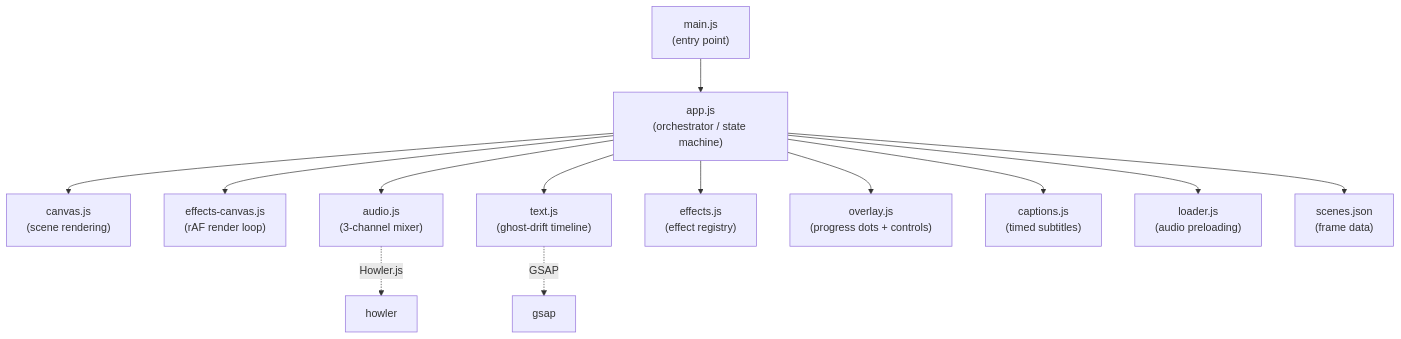
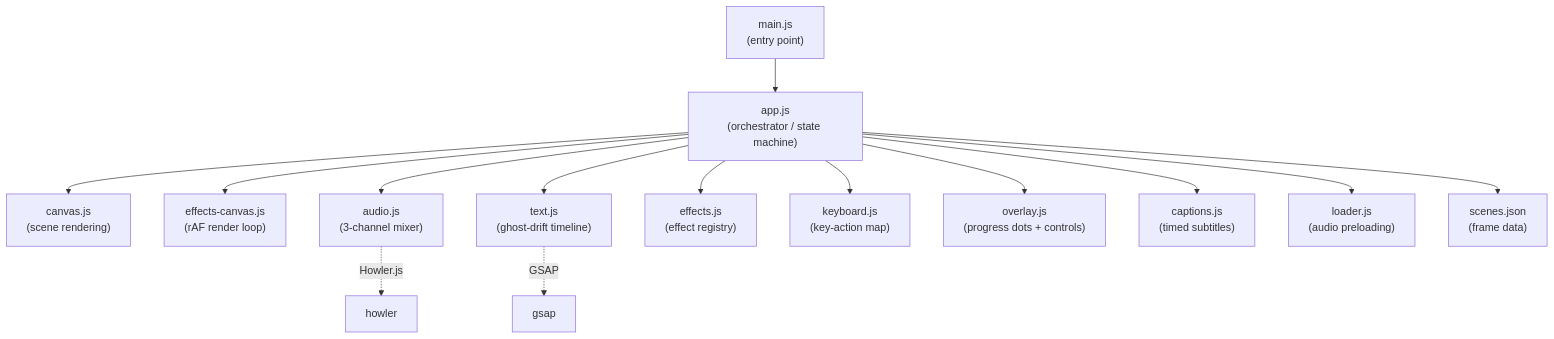
Before and after one commit to anchildress1/carbon-trace: the first of 4 diagrams in docs/architecture.md, drawn with Mermaid. The commit also changed other lines of this file and 58 other files, not shown here.

````diff
--- a/docs/architecture.md
+++ b/docs/architecture.md
@@ -5,16 +5,17 @@
 ```mermaid
 graph TD
     main["main.js<br/>(entry point)"] --> app["app.js<br/>(orchestrator / state machine)"]
     app --> canvas["canvas.js<br/>(scene rendering)"]
     app --> effectsCanvas["effects-canvas.js<br/>(rAF render loop)"]
     app --> audio["audio.js<br/>(3-channel mixer)"]
     app --> text["text.js<br/>(ghost-drift timeline)"]
     app --> effects["effects.js<br/>(effect registry)"]
+    app --> keyboard["keyboard.js<br/>(key-action map)"]
     app --> overlay["overlay.js<br/>(progress dots + controls)"]
     app --> captions["captions.js<br/>(timed subtitles)"]
     app --> loader["loader.js<br/>(audio preloading)"]
     app --> scenes["scenes.json<br/>(frame data)"]
 
     audio -.->|Howler.js| howler["howler"]
     text -.->|GSAP| gsap["gsap"]
 ```
````
